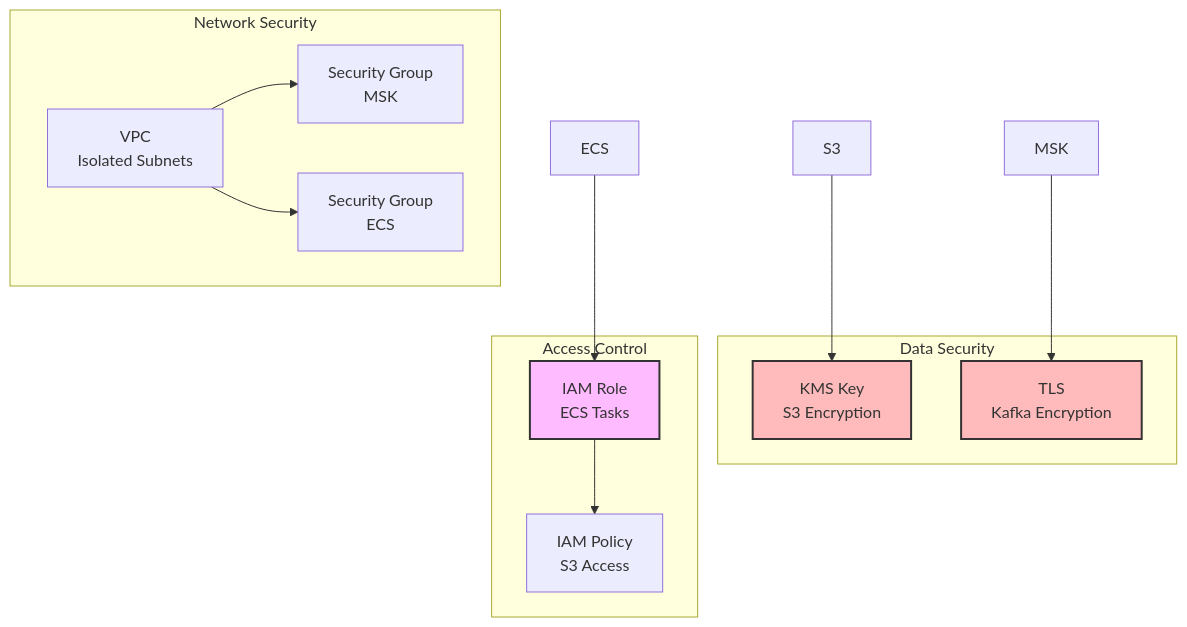
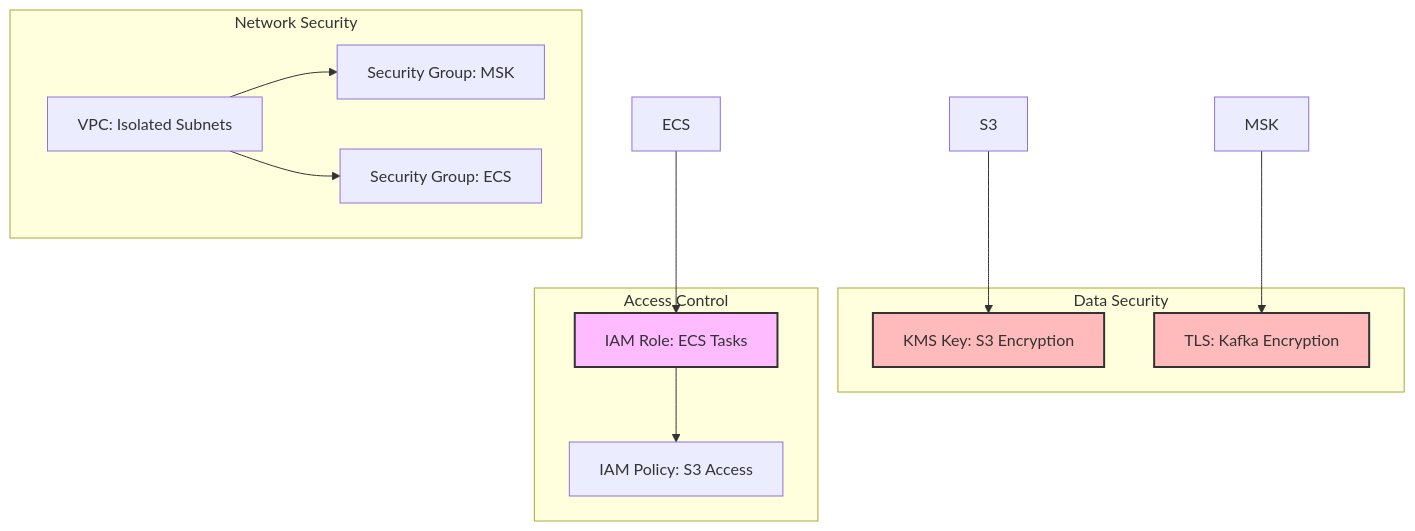
One commit to raghuselvaraj/FireWatch changed the seventh of 8 diagrams in docs/ARCHITECTURE_DIAGRAM.md. Above: the diagram before and after it, drawn with Mermaid. The commit also changed other lines of this file and 4 other files, not shown here.

````diff
--- a/docs/ARCHITECTURE_DIAGRAM.md
+++ b/docs/ARCHITECTURE_DIAGRAM.md
@@ -341,29 +341,29 @@
 ```mermaid
 graph TB
     subgraph "Network Security"
-        SG1[Security Group<br/>MSK]
-        SG2[Security Group<br/>ECS]
-        VPC[VPC<br/>Isolated Subnets]
+        SG1["Security Group: MSK"]
+        SG2["Security Group: ECS"]
+        VPC["VPC: Isolated Subnets"]
     end
 
     subgraph "Data Security"
-        KMS[KMS Key<br/>S3 Encryption]
-        TLS[TLS<br/>Kafka Encryption]
+        KMS["KMS Key: S3 Encryption"]
+        TLS["TLS: Kafka Encryption"]
     end
 
     subgraph "Access Control"
-        IAM1[IAM Role<br/>ECS Tasks]
-        IAM2[IAM Policy<br/>S3 Access]
+        IAM1["IAM Role: ECS Tasks"]
+        IAM2["IAM Policy: S3 Access"]
     end
 
     VPC --> SG1
     VPC --> SG2
     S3 --> KMS
     MSK --> TLS
     ECS --> IAM1
     IAM1 --> IAM2
 
     style KMS fill:#fbb,stroke:#333,stroke-width:2px
     style TLS fill:#fbb,stroke:#333,stroke-width:2px
     style IAM1 fill:#fbf,stroke:#333,stroke-width:2px
 ```
````
